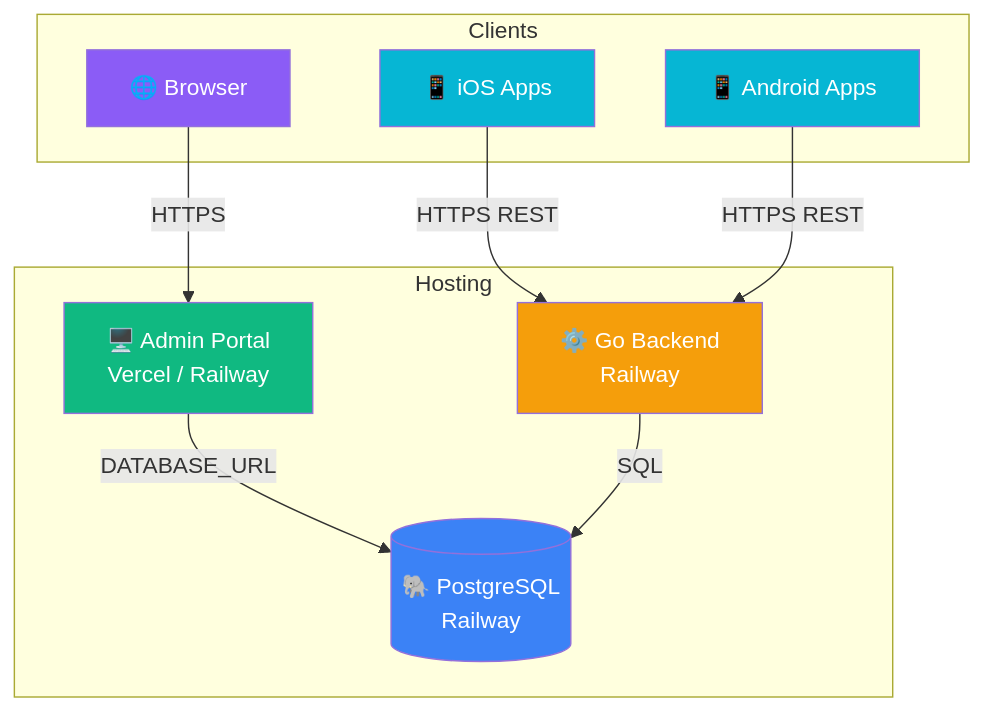
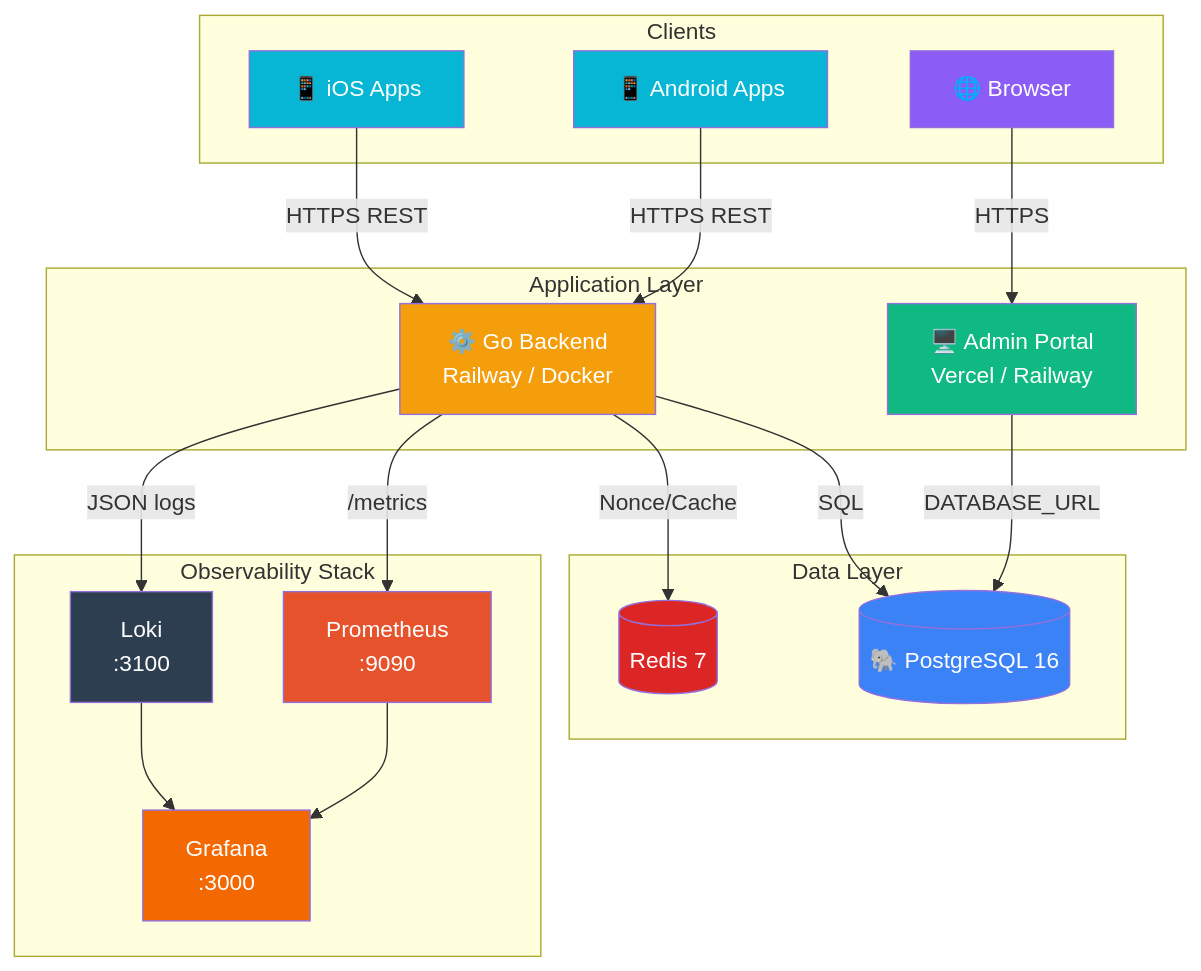
One commit to pktikkani/cams-docs changed the diagram in src/content/architecture/deployment.mdx. Above: the diagram before and after it, drawn with Mermaid. The commit also changed other lines of this file and 6 other files, not shown here.

First line of the commit message:
docs: add observability stack documentation and update architecture

````diff
--- a/src/content/architecture/deployment.mdx
+++ b/src/content/architecture/deployment.mdx
@@ -66,27 +108,47 @@
 ```mermaid
 graph TB
     subgraph Clients
         IOS[📱 iOS Apps]
         AND[📱 Android Apps]
         WEB[🌐 Browser]
     end
 
-    subgraph Hosting
+    subgraph "Application Layer"
         AP[🖥️ Admin Portal<br/>Vercel / Railway]
-        BE[⚙️ Go Backend<br/>Railway]
-        DB[(🐘 PostgreSQL<br/>Railway)]
+        BE[⚙️ Go Backend<br/>Railway / Docker]
+    end
+
+    subgraph "Data Layer"
+        DB[(🐘 PostgreSQL 16)]
+        RD[(Redis 7)]
+    end
+
+    subgraph "Observability Stack"
+        PROM[Prometheus<br/>:9090]
+        LOKI[Loki<br/>:3100]
+        GRAF[Grafana<br/>:3000]
     end
 
     WEB -->|HTTPS| AP
     AP -->|DATABASE_URL| DB
     BE -->|SQL| DB
+    BE -->|Nonce/Cache| RD
     IOS -->|HTTPS REST| BE
     AND -->|HTTPS REST| BE
+
+    BE -->|/metrics| PROM
+    BE -->|JSON logs| LOKI
+    PROM --> GRAF
+    LOKI --> GRAF
 
     style AP fill:#10b981,color:#fff
     style BE fill:#f59e0b,color:#fff
     style DB fill:#3b82f6,color:#fff
+    style RD fill:#dc2626,color:#fff
     style IOS fill:#06b6d4,color:#fff
     style AND fill:#06b6d4,color:#fff
     style WEB fill:#8b5cf6,color:#fff
+    style PROM fill:#e6522c,color:#fff
+    style LOKI fill:#2c3e50,color:#fff
+    style GRAF fill:#f46800,color:#fff
 ```
````
